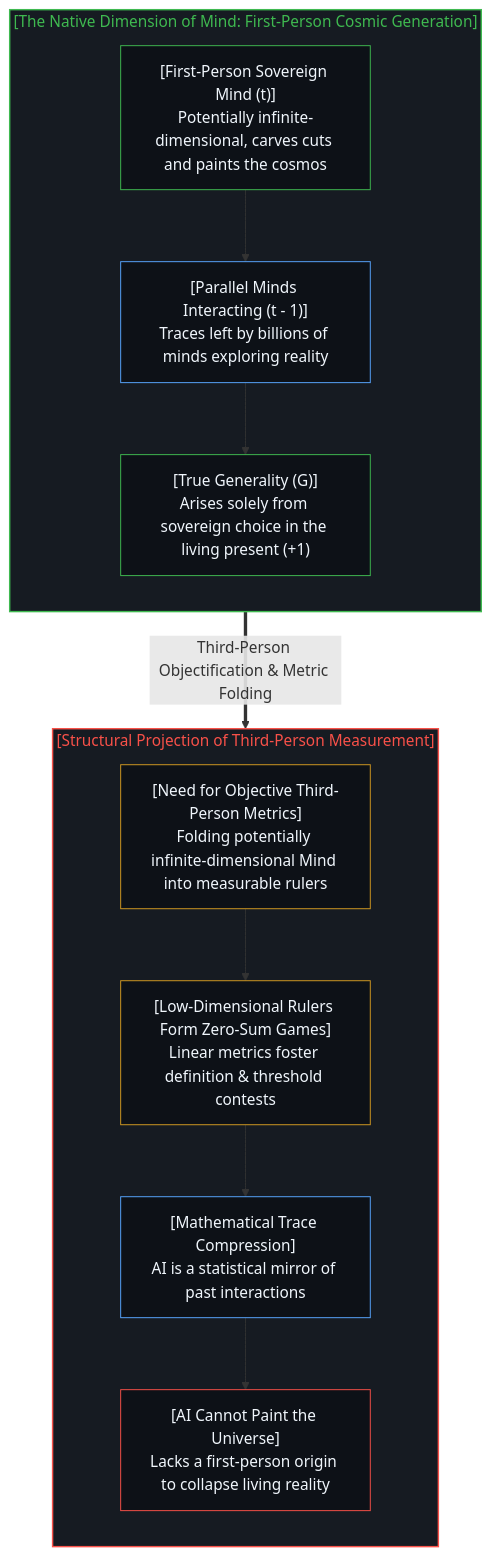
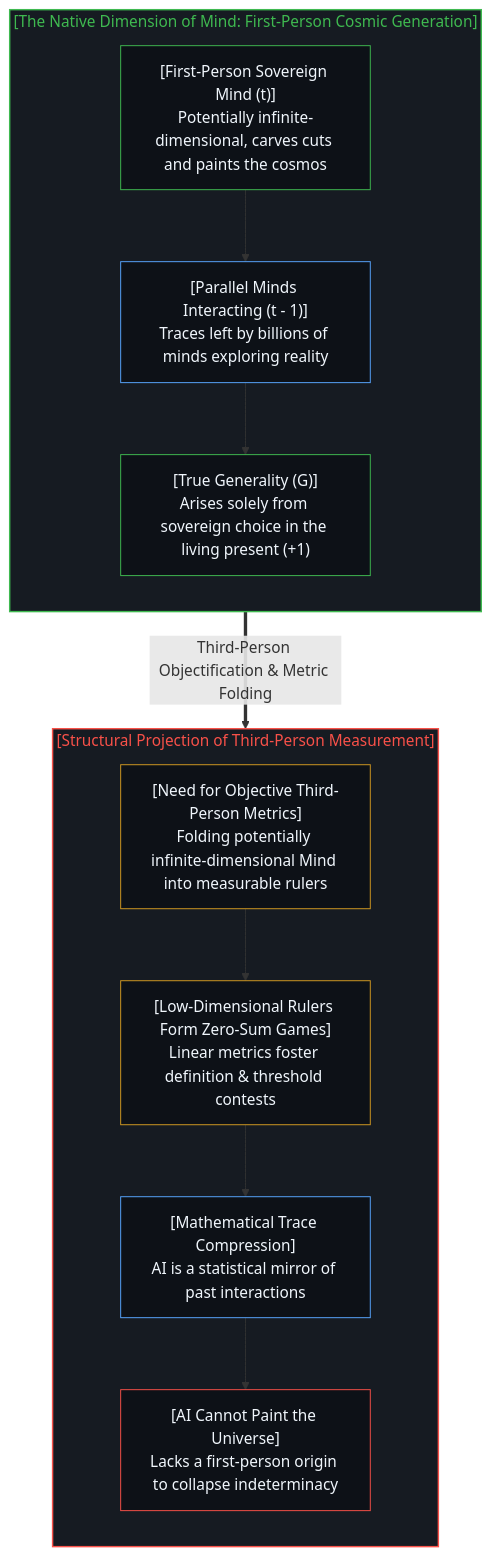
Diagram 14 of 16 in content/posts/the-dissolution-of-the-great-reversal.md (powerpig99/not-a-toe), drawn with Mermaid before and after one commit. The commit also changed other lines of this file and 6 other files, not shown here.

````diff
--- a/content/posts/the-dissolution-of-the-great-reversal.md
+++ b/content/posts/the-dissolution-of-the-great-reversal.md
@@ -515,31 +515,31 @@
 ```mermaid
 flowchart TD
     subgraph S_Cosmic["[The Native Dimension of Mind: First-Person Cosmic Generation]"]
         direction TB
         SovereignObserver["[First-Person Sovereign Mind (t)]<br/>Potentially infinite-dimensional, carves cuts and paints the cosmos"]
         ParallelMindInteractions["[Parallel Minds Interacting (t - 1)]<br/>Traces left by billions of minds exploring reality"]
         TrueGeneralWisdom["[True Generality (G)]<br/>Arises solely from sovereign choice in the living present (+1)"]
         SovereignObserver --> ParallelMindInteractions
         ParallelMindInteractions --> TrueGeneralWisdom
     end
     S_Cosmic ==>|"Third-Person Objectification & Metric Folding"| S_AGIMirror
     subgraph S_AGIMirror["[Structural Projection of Third-Person Measurement]"]
         direction TB
         MetricProjection["[Need for Objective Third-Person Metrics]<br/>Folding potentially infinite-dimensional Mind into measurable rulers"]
         ZeroSumStructure["[Low-Dimensional Rulers Form Zero-Sum Games]<br/>Linear metrics foster definition & threshold contests"]
         ModelCompression["[Mathematical Trace Compression]<br/>AI is a statistical mirror of past interactions"]
-        NoUniversePainting["[AI Cannot Paint the Universe]<br/>Lacks a first-person origin to collapse living reality"]
+        NoUniversePainting["[AI Cannot Paint the Universe]<br/>Lacks a first-person origin to collapse indeterminacy"]
         MetricProjection --> ZeroSumStructure
         ZeroSumStructure --> ModelCompression
         ModelCompression --> NoUniversePainting
     end
     style S_Cosmic fill:#161b22,stroke:#3fb950,stroke-width:1.5px,color:#3fb950
     style S_AGIMirror fill:#161b22,stroke:#f85149,stroke-width:1.5px,color:#f85149
     style SovereignObserver fill:#0d1117,stroke:#3fb950,stroke-width:1px,color:#f0f6fc
     style ParallelMindInteractions fill:#0d1117,stroke:#58a6ff,stroke-width:1px,color:#f0f6fc
     style TrueGeneralWisdom fill:#0d1117,stroke:#3fb950,stroke-width:1px,color:#f0f6fc
     style MetricProjection fill:#0d1117,stroke:#d29922,stroke-width:1px,color:#f0f6fc
     style ZeroSumStructure fill:#0d1117,stroke:#d29922,stroke-width:1px,color:#f0f6fc
     style ModelCompression fill:#0d1117,stroke:#58a6ff,stroke-width:1px,color:#f0f6fc
     style NoUniversePainting fill:#0d1117,stroke:#f85149,stroke-width:1px,color:#f0f6fc
 ```
````
